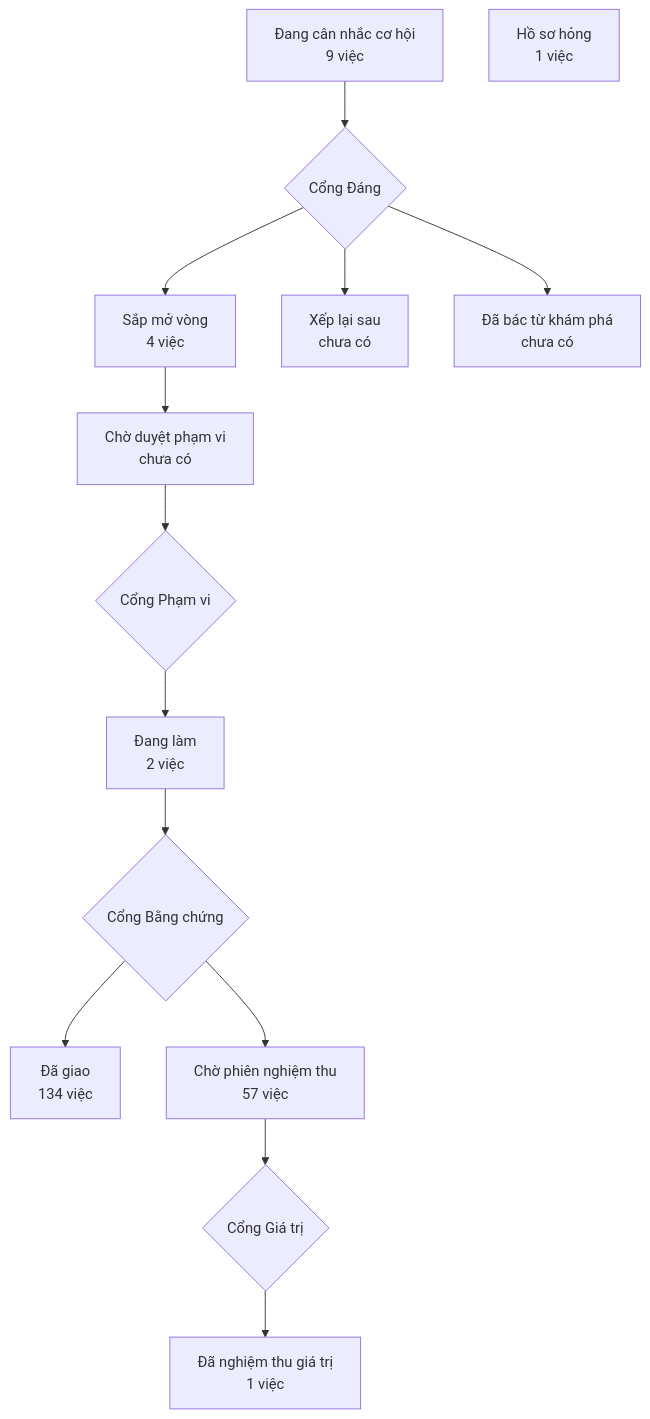
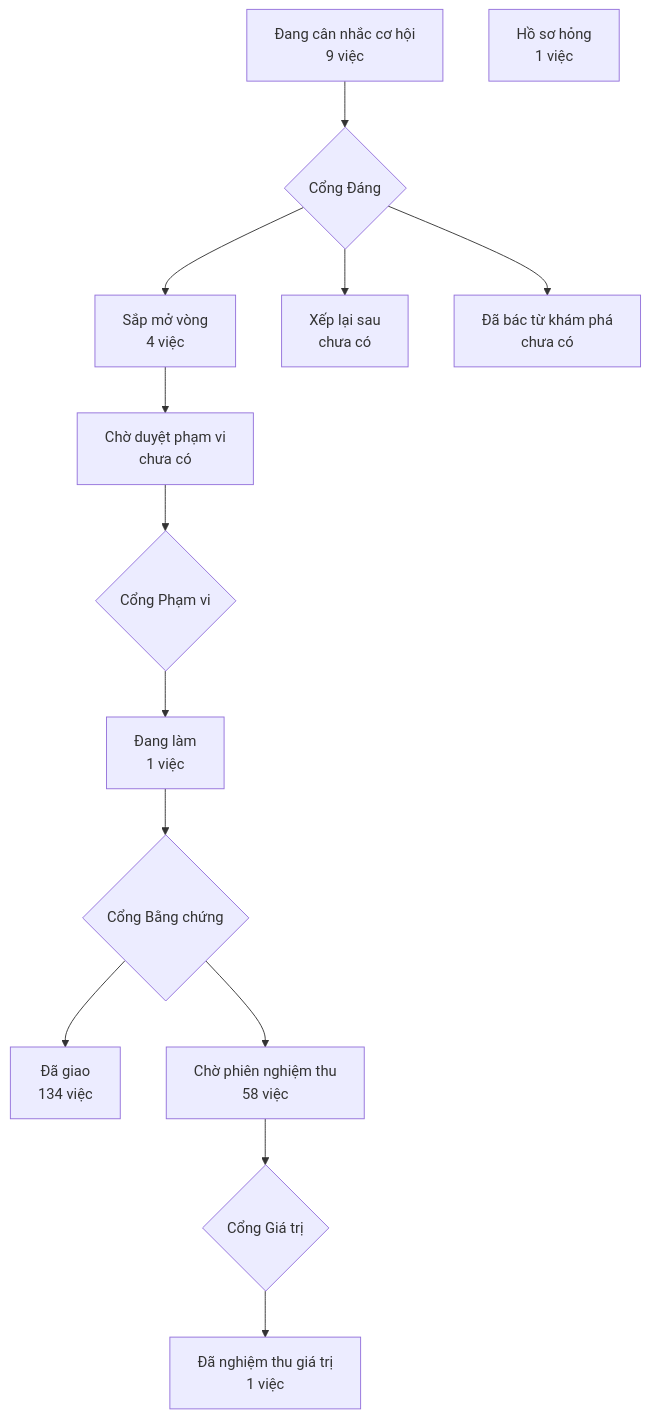
The diagram in PRODUCT-MAP.md (phanlemanh/crm-onehub), drawn with Mermaid before and after one commit. The commit also changed 1 other file, not shown here.

Commit message:
chore: vẽ lại bản đồ sản phẩm từ bản sạch sau gộp onehub e86cf730

````diff
--- a/PRODUCT-MAP.md
+++ b/PRODUCT-MAP.md
@@ -7,13 +7,13 @@
 ```mermaid
 flowchart TD
   A["Đang cân nhắc cơ hội<br/>9 việc"] --> GD{"Cổng Đáng"}
   GD --> B["Sắp mở vòng<br/>4 việc"]
   GD --> XL["Xếp lại sau<br/>chưa có"]
   GD --> DB["Đã bác từ khám phá<br/>chưa có"]
   B --> CD["Chờ duyệt phạm vi<br/>chưa có"] --> GP{"Cổng Phạm vi"}
-  GP --> DL["Đang làm<br/>2 việc"] --> GB{"Cổng Bằng chứng"}
+  GP --> DL["Đang làm<br/>1 việc"] --> GB{"Cổng Bằng chứng"}
   GB --> DG["Đã giao<br/>134 việc"]
-  GB --> CN["Chờ phiên nghiệm thu<br/>57 việc"] --> GG{"Cổng Giá trị"}
+  GB --> CN["Chờ phiên nghiệm thu<br/>58 việc"] --> GG{"Cổng Giá trị"}
   GG --> NT["Đã nghiệm thu giá trị<br/>1 việc"]
   HS["Hồ sơ hỏng<br/>1 việc"]
 ```
````
